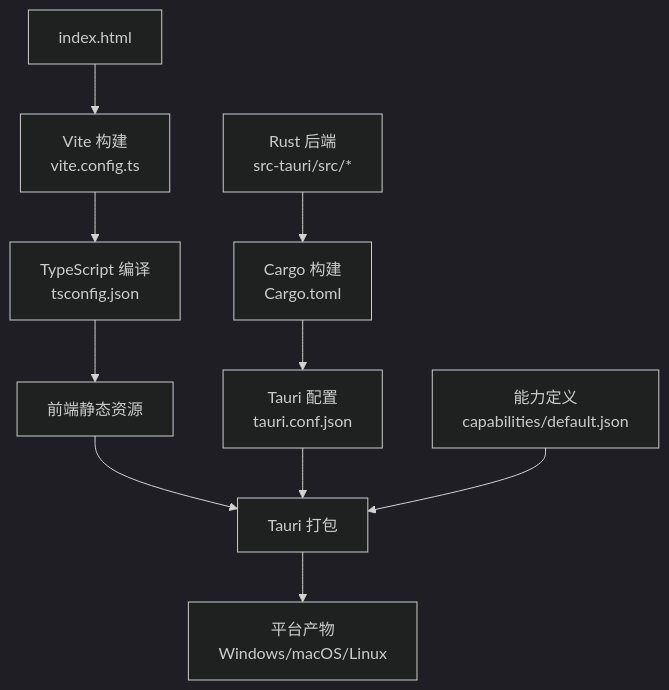
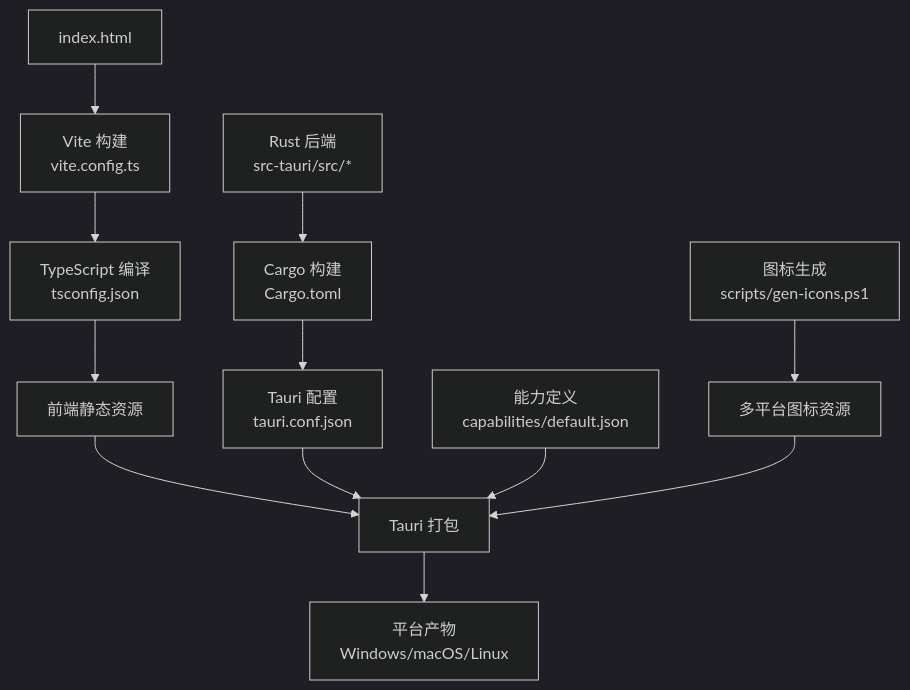
The first of 9 diagrams in .qoder/repowiki/zh/content/构建与部署/构建与部署.md (Wumiu/Petra), drawn with Mermaid (dark theme) before and after one commit. The commit also changed other lines of this file and 58 other files, not shown here.

Commit message:
chore: 更新应用图标

````diff
--- a/.qoder/repowiki/zh/content/构建与部署/构建与部署.md
+++ b/.qoder/repowiki/zh/content/构建与部署/构建与部署.md
@@ -46,12 +55,14 @@
 ```mermaid
 graph TB
 A["index.html"] --> B["Vite 构建<br/>vite.config.ts"]
 B --> C["TypeScript 编译<br/>tsconfig.json"]
 C --> D["前端静态资源"]
 E["Rust 后端<br/>src-tauri/src/*"] --> F["Cargo 构建<br/>Cargo.toml"]
 F --> G["Tauri 配置<br/>tauri.conf.json"]
 D --> H["Tauri 打包"]
 G --> H
 I["能力定义<br/>capabilities/default.json"] --> H
-H --> J["平台产物<br/>Windows/macOS/Linux"]
+J["图标生成<br/>scripts/gen-icons.ps1"] --> K["多平台图标资源"]
+K --> H
+H --> L["平台产物<br/>Windows/macOS/Linux"]
 ```
````
